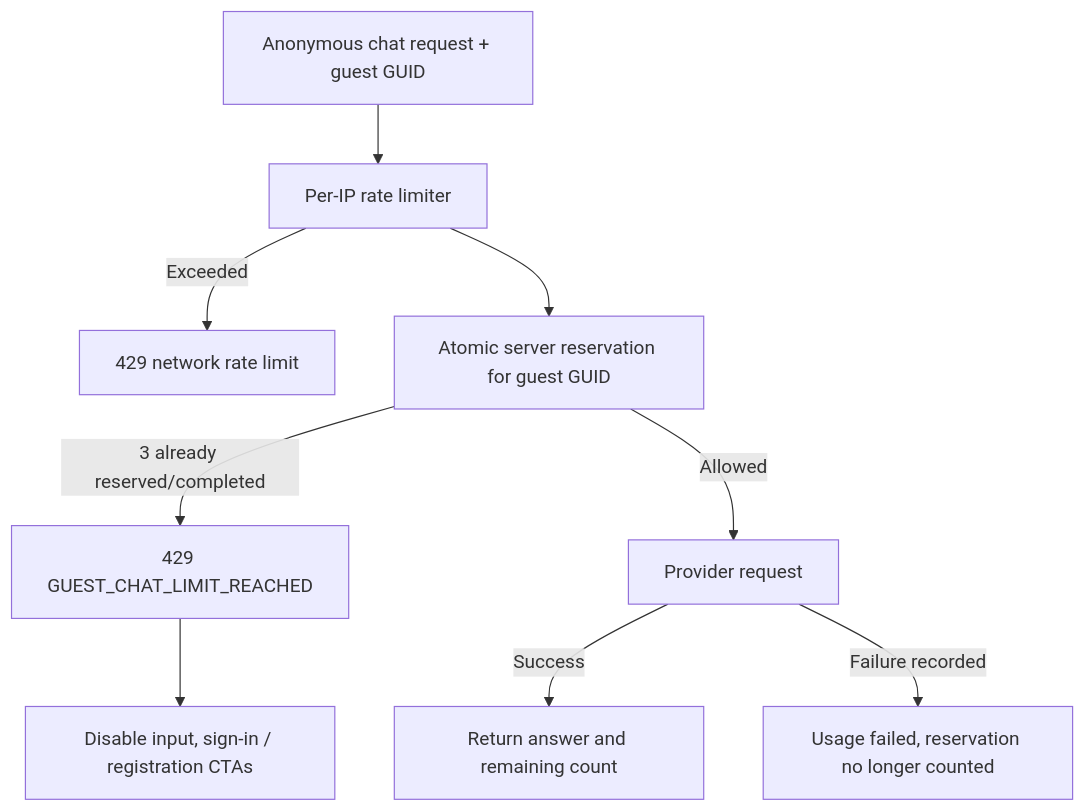
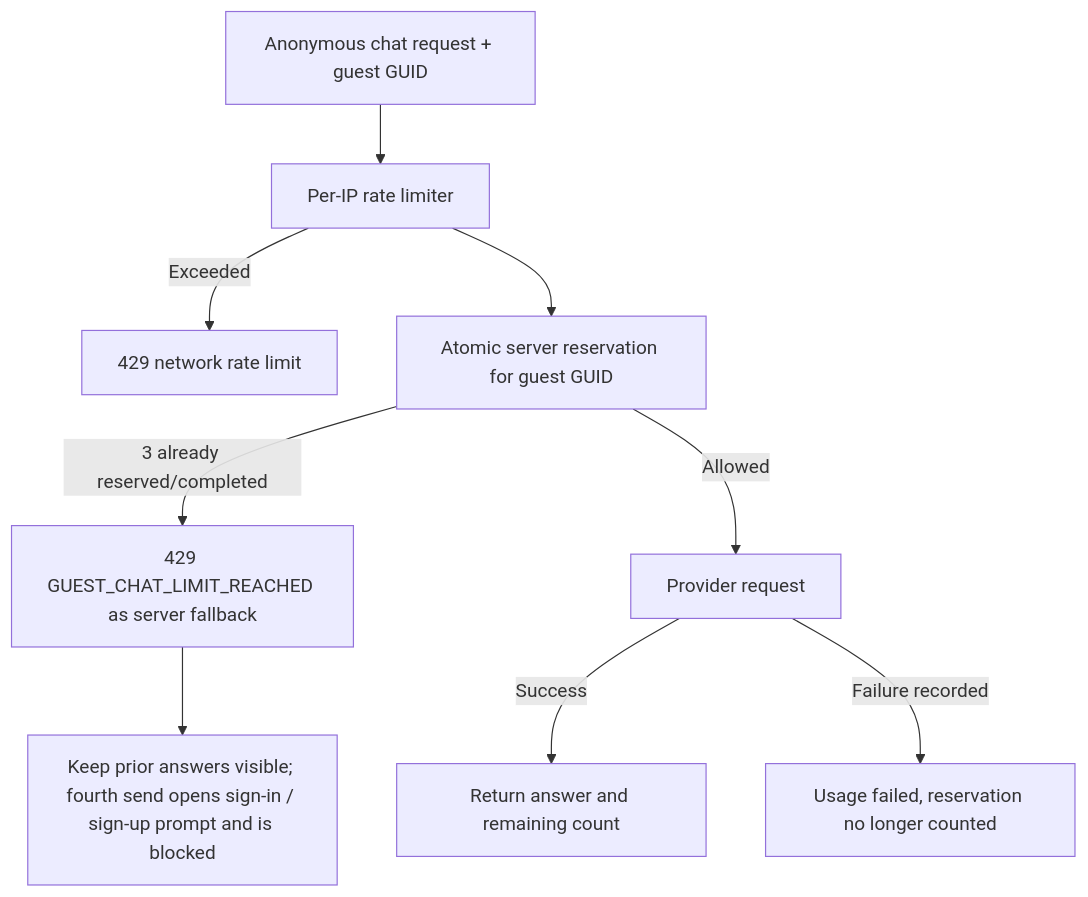
One commit to NguyenQuocTrong-bonmat/frontend-VeganHelperSystem changed diagram 33 of 53 in Design.MD. Above: the diagram before and after it, drawn with Mermaid. The commit also changed other lines of this file, not shown here.

````diff
--- a/Design.MD
+++ b/Design.MD
@@ -1406,11 +1312,11 @@
 ```mermaid
 flowchart TD
     A["Anonymous chat request + guest GUID"] --> B["Per-IP rate limiter"]
     B -->|Exceeded| C["429 network rate limit"]
     B --> D["Atomic server reservation for guest GUID"]
-    D -->|3 already reserved/completed| E["429 GUEST_CHAT_LIMIT_REACHED"]
-    E --> F["Disable input, sign-in / registration CTAs"]
+    D -->|3 already reserved/completed| E["429 GUEST_CHAT_LIMIT_REACHED as server fallback"]
+    E --> F["Keep prior answers visible; fourth send opens sign-in / sign-up prompt and is blocked"]
     D -->|Allowed| G["Provider request"]
     G -->|Success| H["Return answer and remaining count"]
     G -->|Failure recorded| I["Usage failed, reservation no longer counted"]
 ```
````
